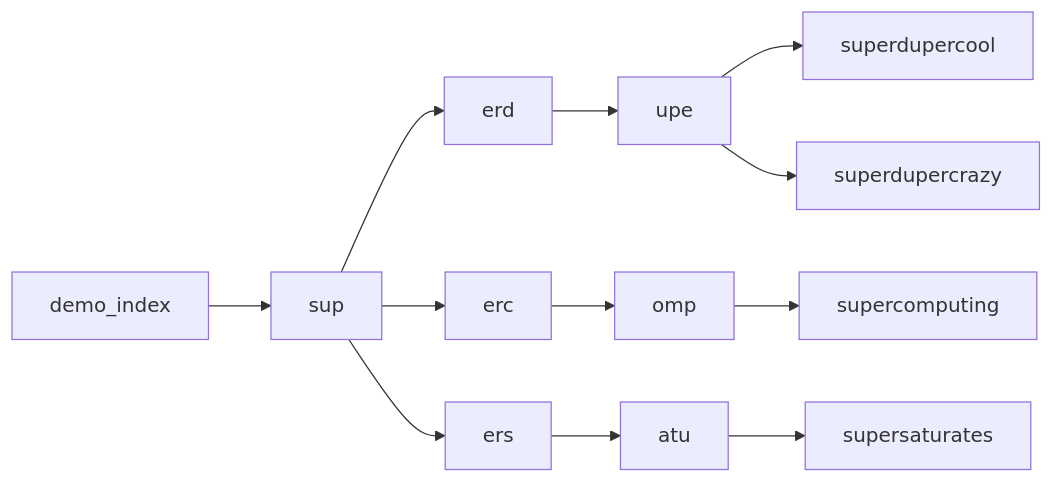
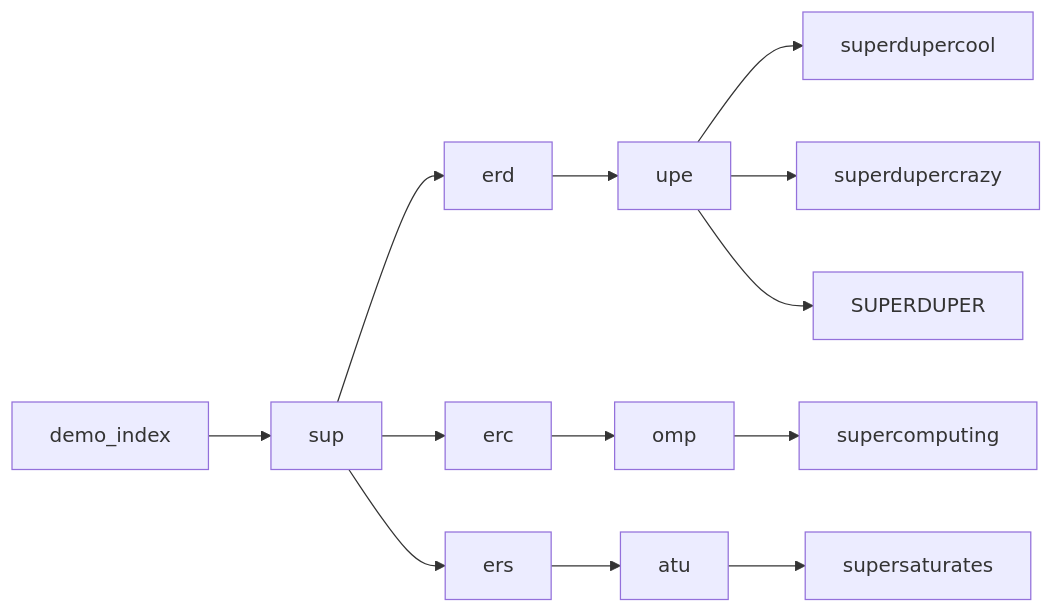
The diagram in README.md (holochain-open-dev/holochain-prefix-index), drawn with Mermaid before and after one commit. The commit also changed other lines of this file, not shown here.

````diff
--- a/README.md
+++ b/README.md
@@ -45,8 +47,9 @@
 ```mermaid
 flowchart LR
     A[demo_index] --> B[sup]
     B --> C[erd] --> D[upe] --> E[superdupercool]
     D --> F[superdupercrazy]
+    D --> M[SUPERDUPER]
     B --> G[erc] --> H[omp] --> I[supercomputing]
     B --> J[ers] --> K[atu] --> L[supersaturates]
 ```
````
